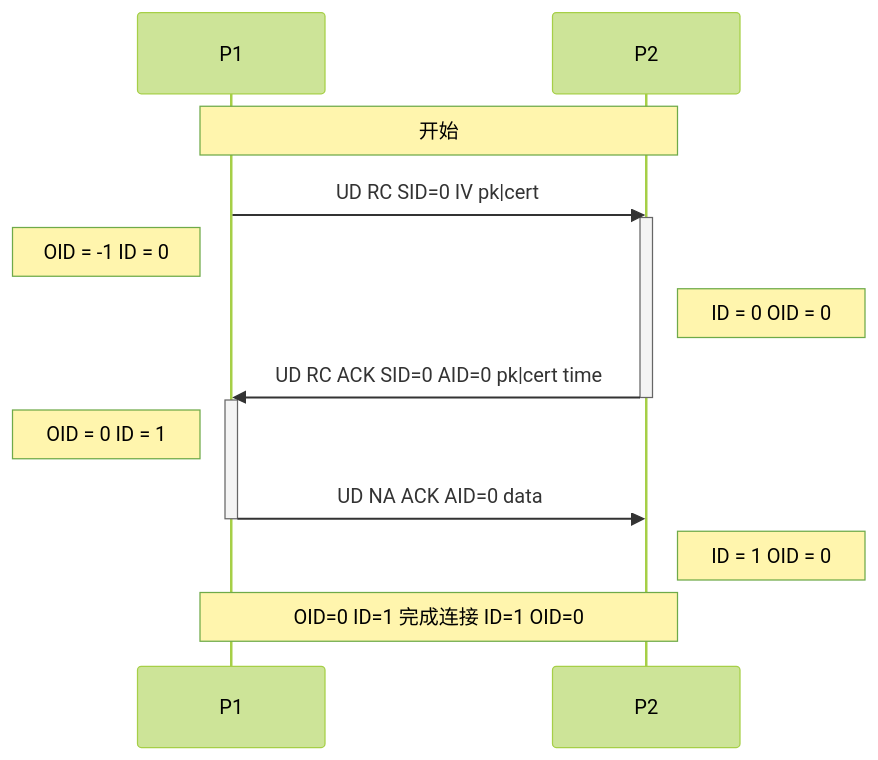
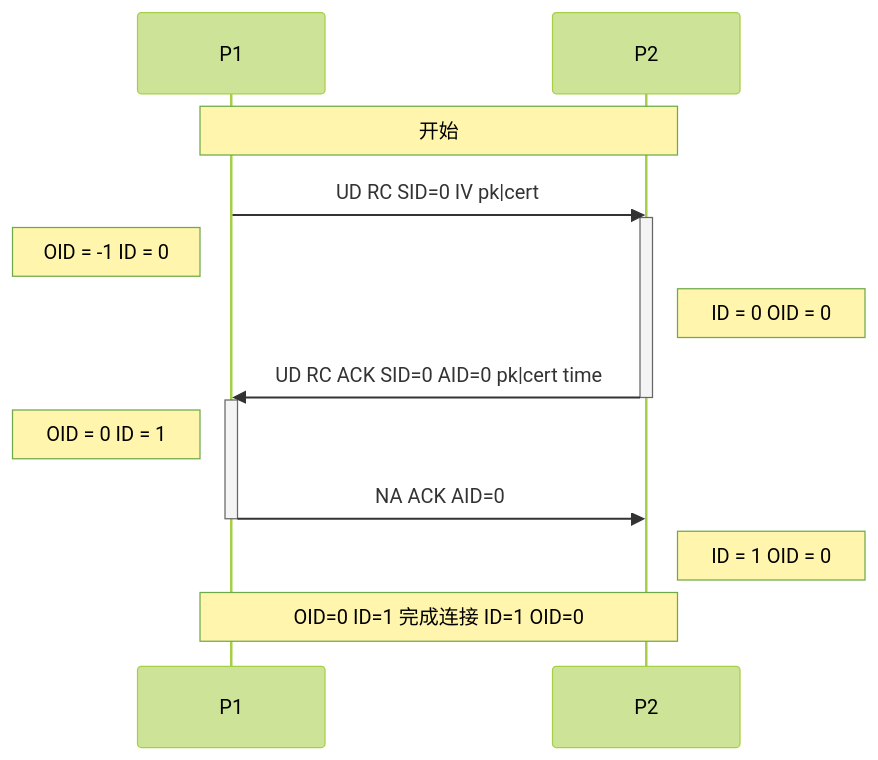
One commit to Zightch/CCPS changed the first of 2 diagrams in README.md. Above: the diagram before and after it, drawn with Mermaid (forest theme). The commit also changed other lines of this file and 7 other files, not shown here.

````diff
--- a/README.md
+++ b/README.md
@@ -119,18 +129,18 @@
 ```mermaid
 sequenceDiagram
   participant P1
   participant P2
   Note over P1, P2: 开始
   P1 ->> P2: UD RC SID=0 IV pk|cert
   activate P2
   Note left of P1: OID = -1 ID = 0
   Note right of P2: ID = 0 OID = 0
   P2 ->> P1: UD RC ACK SID=0 AID=0 pk|cert time
   deactivate P2
   activate P1
   Note left of P1: OID = 0 ID = 1
-  P1 ->> P2: UD NA ACK AID=0 data
+  P1 ->> P2: NA ACK AID=0
   deactivate P1
   Note right of P2: ID = 1 OID = 0
   Note over P1, P2: OID=0 ID=1 完成连接 ID=1 OID=0
 ```
````
